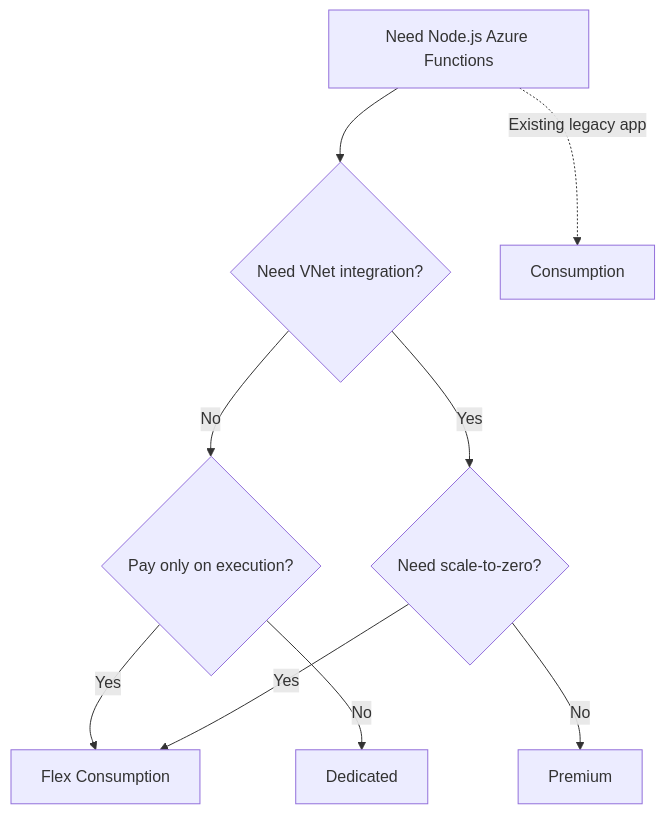
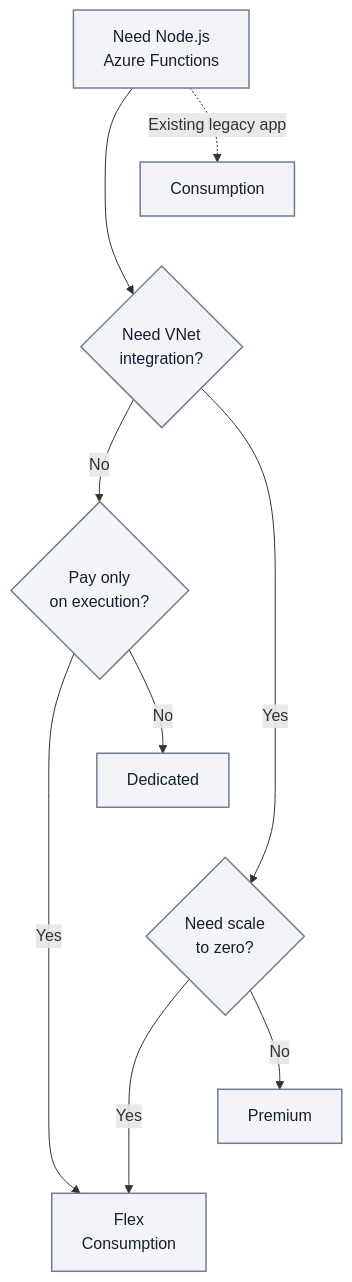
One commit to yeongseon/azure-functions-practical-guide changed the diagram in docs/language-guides/nodejs/tutorial/index.md. Above: the diagram before and after it, drawn with Mermaid. The commit also changed other lines of this file and 1 other file, not shown here.

Commit message:
docs(diagrams): improve Node.js tutorial plan selector readability (#519)
* docs(diagrams): improve Node.js tutorial plan selector readability

Wrap labels and tier existing outcomes without adding or removing decision branches.

Refs #340

* docs(diagrams): refresh owned Node.js plan selector inventory

Record the measured diagram migration without changing unrelated inventory records.

Refs #340

````diff
--- a/docs/language-guides/nodejs/tutorial/index.md
+++ b/docs/language-guides/nodejs/tutorial/index.md
@@ -25,11 +25,19 @@
 ```mermaid
 flowchart TD
-    S[Need Node.js Azure Functions] --> Q1{Need VNet integration?}
-    Q1 -->|No| Q2{Pay only on execution?}
-    Q1 -->|Yes| Q3{Need scale-to-zero?}
-    Q2 -->|Yes| F[Flex Consumption]
+    accTitle: Choose a Node.js tutorial hosting plan
+    accDescr: Illustrative tutorial starting points, not exclusive plan capabilities. Follow the VNet question, then either the execution-billing preference or scale-to-zero question; the separate existing-legacy-app path leads to Consumption. Flex optional always-ready billing is qualified below.
+    S["Need Node.js<br/>Azure Functions"] --> Q1{"Need VNet<br/>integration?"}
+    Q1 -->|No| Q2{"Pay only<br/>on execution?"}
+    Q1 -->|Yes| Q3{"Need scale<br/>to zero?"}
+    Q2 -->|Yes| F["Flex<br/>Consumption"]
     S -.->|Existing legacy app| C[Consumption]
     Q2 -->|No| D[Dedicated]
     Q3 -->|Yes| F
     Q3 -->|No| P[Premium]
+    %% Layout-only links tier outcomes; they add no decision or semantic arrow.
+    C ~~~ Q1
+    D ~~~ Q3
+    P ~~~ F
+    classDef neutral fill:#f2f4f8,stroke:#707e93,stroke-width:1.5px,color:#14202e;
+    class S,Q1,Q2,Q3,F,C,D,P neutral;
 ```
````
